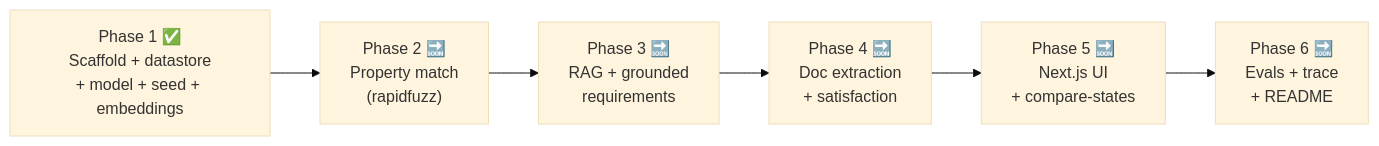
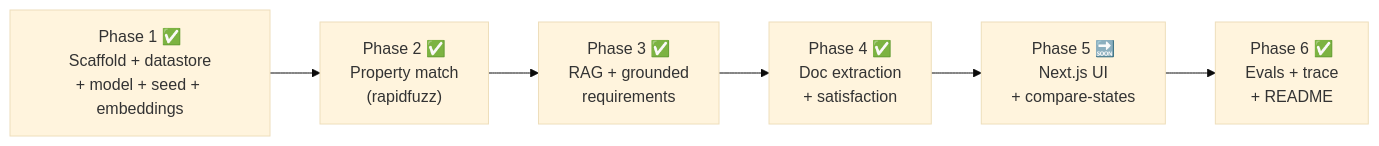
Before and after one commit to bragabruno/Claimio-Pilot: the sixth of 6 diagrams in docs/architecture.md, drawn with Mermaid (base theme). The commit also changed other lines of this file and 6 other files, not shown here.

````diff
--- a/docs/architecture.md
+++ b/docs/architecture.md
@@ -206,10 +206,10 @@
 ```mermaid
 flowchart LR
     P1["Phase 1 ✅<br/>Scaffold + datastore<br/>+ model + seed + embeddings"]
-    P2["Phase 2 🔜<br/>Property match<br/>(rapidfuzz)"]
-    P3["Phase 3 🔜<br/>RAG + grounded<br/>requirements"]
-    P4["Phase 4 🔜<br/>Doc extraction<br/>+ satisfaction"]
+    P2["Phase 2 ✅<br/>Property match<br/>(rapidfuzz)"]
+    P3["Phase 3 ✅<br/>RAG + grounded<br/>requirements"]
+    P4["Phase 4 ✅<br/>Doc extraction<br/>+ satisfaction"]
     P5["Phase 5 🔜<br/>Next.js UI<br/>+ compare-states"]
-    P6["Phase 6 🔜<br/>Evals + trace<br/>+ README"]
+    P6["Phase 6 ✅<br/>Evals + trace<br/>+ README"]
     P1 --> P2 --> P3 --> P4 --> P5 --> P6
 ```
````
